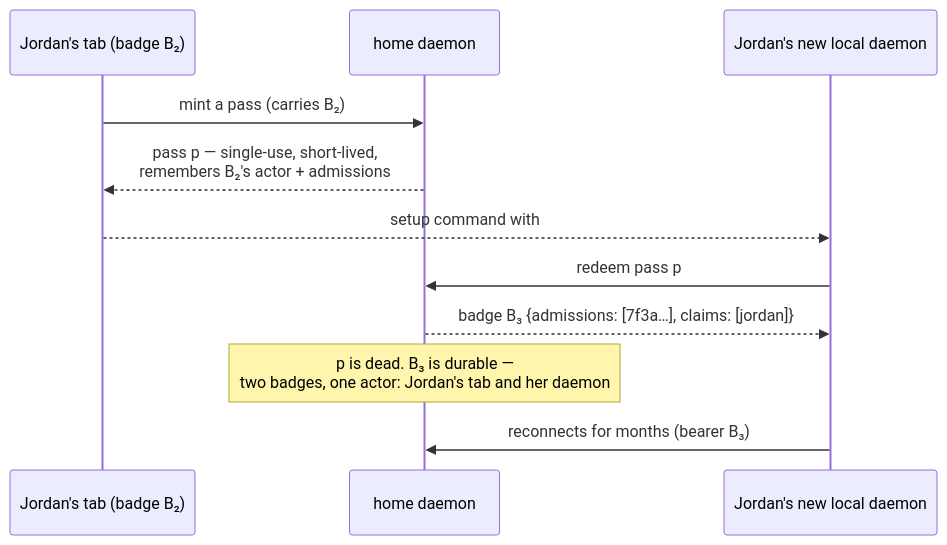
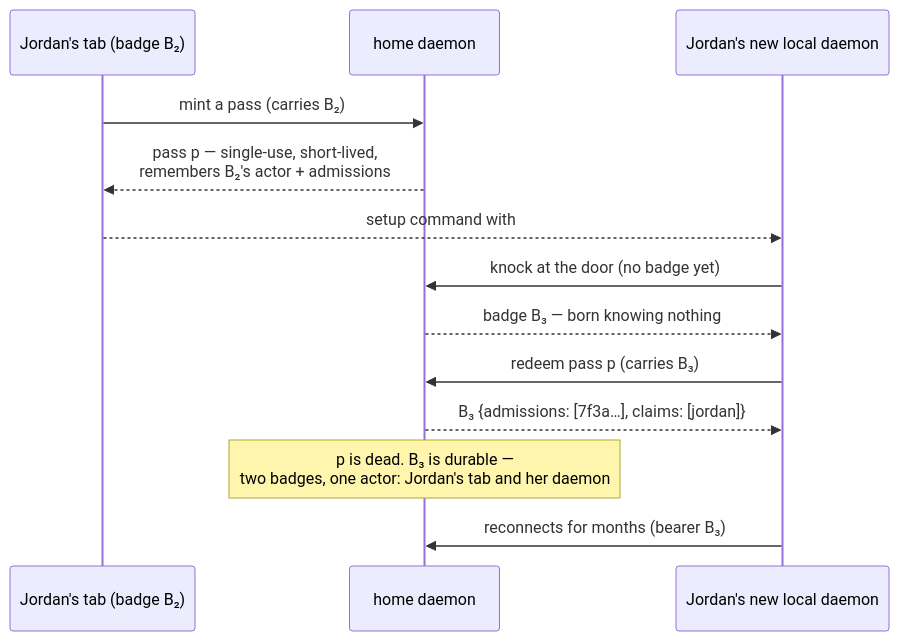
One commit to dglazkov/isocan changed the third of 6 diagrams in docs/design/identity-desk.md. Above: the diagram before and after it, drawn with Mermaid. The commit also changed other lines of this file and 17 other files, not shown here.

````diff
--- a/docs/design/identity-desk.md
+++ b/docs/design/identity-desk.md
@@ -195,13 +195,15 @@
   ```mermaid
   sequenceDiagram
       participant T as Jordan's tab (badge B₂)
       participant H as home daemon
       participant D as Jordan's new local daemon
       T->>H: mint a pass (carries B₂)
       H-->>T: pass p — single-use, short-lived,<br/>remembers B₂'s actor + admissions
       T-->>D: setup command with #p<br/>(copy button → terminal — the only hop outside the home)
-      D->>H: redeem pass p
-      H-->>D: badge B₃ {admissions: [7f3a…], claims: [jordan]}
+      D->>H: knock at the door (no badge yet)
+      H-->>D: badge B₃ — born knowing nothing
+      D->>H: redeem pass p (carries B₃)
+      H-->>D: B₃ {admissions: [7f3a…], claims: [jordan]}
       Note over H: p is dead. B₃ is durable —<br/>two badges, one actor: Jordan's tab and her daemon
       D->>H: reconnects for months (bearer B₃)
   ```
````
